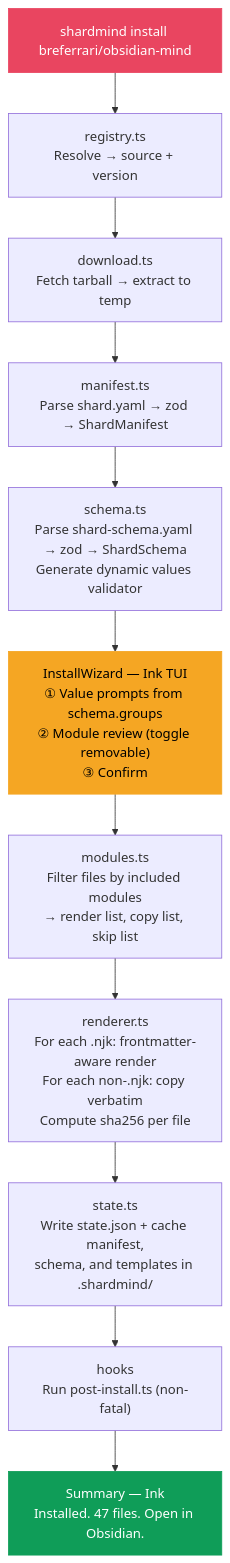
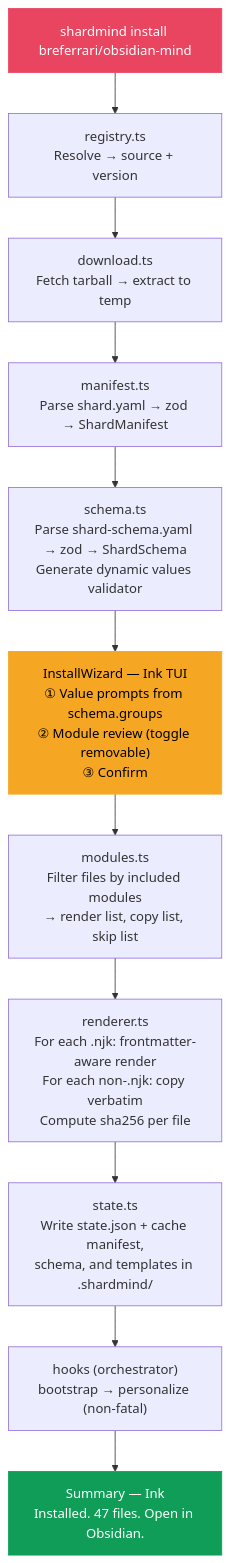
One commit to breferrari/shardmind changed the second of 4 diagrams in docs/IMPLEMENTATION.md. Above: the diagram before and after it, drawn with Mermaid. The commit also changed other lines of this file and 55 other files, not shown here.

First line of the commit message:
feat(hooks): split post-install into bootstrap / personalize / post-update (#102) (#127)

````diff
--- a/docs/IMPLEMENTATION.md
+++ b/docs/IMPLEMENTATION.md
@@ -70,24 +70,24 @@
 ```mermaid
 graph TD
     A["shardmind install breferrari/obsidian-mind"] --> B
 
     B["registry.ts<br/>Resolve → source + version"] --> C
     C["download.ts<br/>Fetch tarball → extract to temp"] --> D
     D["manifest.ts<br/>Parse shard.yaml → zod → ShardManifest"] --> E
     E["schema.ts<br/>Parse shard-schema.yaml → zod → ShardSchema<br/>Generate dynamic values validator"] --> F
 
     F["InstallWizard — Ink TUI<br/>① Value prompts from schema.groups<br/>② Module review (toggle removable)<br/>③ Confirm"] --> G
 
     G["modules.ts<br/>Filter files by included modules<br/>→ render list, copy list, skip list"] --> H
 
     H["renderer.ts<br/>For each .njk: frontmatter-aware render<br/>For each non-.njk: copy verbatim<br/>Compute sha256 per file"] --> I
 
     I["state.ts<br/>Write state.json + cache manifest,<br/>schema, and templates in .shardmind/"] --> J
 
-    J["hooks<br/>Run post-install.ts (non-fatal)"] --> K
+    J["hooks (orchestrator)<br/>bootstrap → personalize (non-fatal)"] --> K
     K["Summary — Ink<br/>Installed. 47 files. Open in Obsidian."]
 
     style A fill:#e94560,stroke:#e94560,color:#fff
     style F fill:#f5a623,stroke:#f5a623,color:#000
     style K fill:#0f9d58,stroke:#0f9d58,color:#fff
 ```
````
